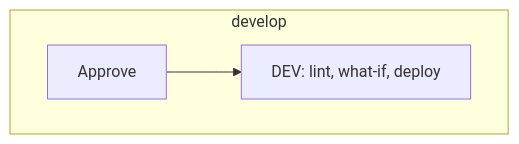
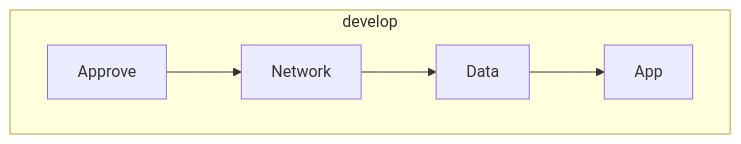
Before and after one commit to qlap04/KRT-run-infra: the second of 3 diagrams in docs/SETUP_vi.md, drawn with Mermaid. The commit also changed other lines of this file and 2 other files, not shown here.

First line of the commit message:
refactor(pipelines): split provision into Network, Data and App stages

````diff
--- a/docs/SETUP_vi.md
+++ b/docs/SETUP_vi.md
@@ -68,6 +68,8 @@
 ```mermaid
 flowchart TD
   subgraph develop
-    D1[Approve] --> D2["DEV: lint, what-if, deploy"]
+    D1[Approve] --> D2["Network"]
+    D2 --> D3["Data"]
+    D3 --> D4["App"]
   end
 ```
````
